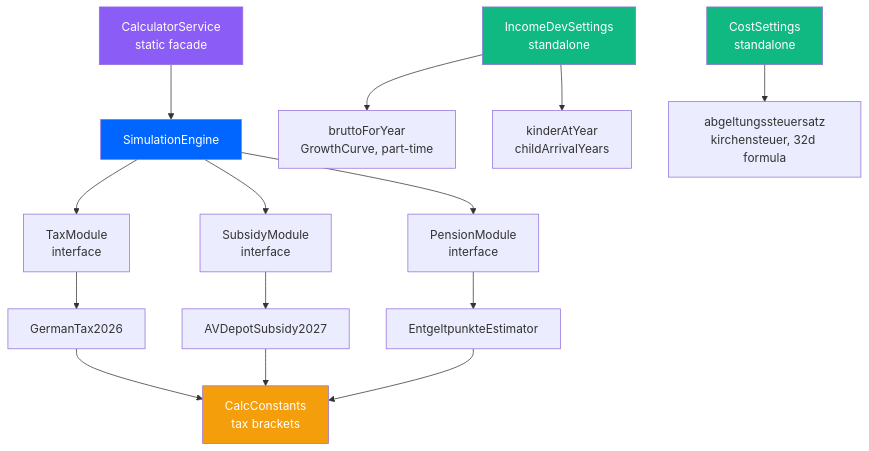
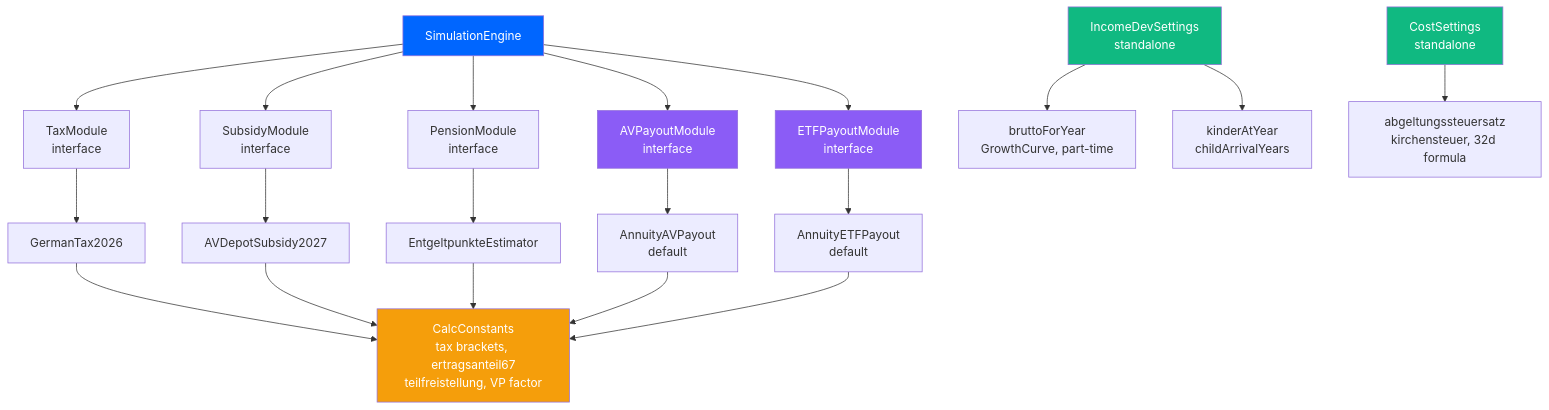
The fourth of 4 diagrams in docs/CALCULATION_MAP.md (chraig/de_altersvorsorge_depot), drawn with Mermaid before and after one commit. The commit also changed other lines of this file, not shown here.

````diff
--- a/docs/CALCULATION_MAP.md
+++ b/docs/CALCULATION_MAP.md
@@ -99,27 +113,32 @@
 ```mermaid
 flowchart TD
     SE[SimulationEngine] --> TM[TaxModule<br/>interface]
     SE --> SM[SubsidyModule<br/>interface]
     SE --> PM[PensionModule<br/>interface]
+    SE --> AVP[AVPayoutModule<br/>interface]
+    SE --> ETP[ETFPayoutModule<br/>interface]
 
     TM --> GT[GermanTax2026]
     SM --> AVS[AVDepotSubsidy2027]
     PM --> EPE[EntgeltpunkteEstimator]
+    AVP --> ANV[AnnuityAVPayout<br/>default]
+    ETP --> ANE[AnnuityETFPayout<br/>default]
 
-    GT --> CC[CalcConstants<br/>tax brackets]
+    GT --> CC[CalcConstants<br/>tax brackets, ertragsanteil67<br/>teilfreistellung, VP factor]
     AVS --> CC
     EPE --> CC
+    ANV --> CC
+    ANE --> CC
 
     IDS[IncomeDevSettings<br/>standalone] --> BFY[bruttoForYear<br/>GrowthCurve, part-time]
     IDS --> KAY[kinderAtYear<br/>childArrivalYears]
 
     CS[CostSettings<br/>standalone] --> ABS[abgeltungssteuersatz<br/>kirchensteuer, 32d formula]
 
-    FACADE[CalculatorService<br/>static facade] --> SE
-
     style SE fill:#0066FF,color:#fff
     style CC fill:#F59E0B,color:#fff
     style IDS fill:#10B981,color:#fff
     style CS fill:#10B981,color:#fff
-    style FACADE fill:#8B5CF6,color:#fff
+    style AVP fill:#8B5CF6,color:#fff
+    style ETP fill:#8B5CF6,color:#fff
 ```
````
